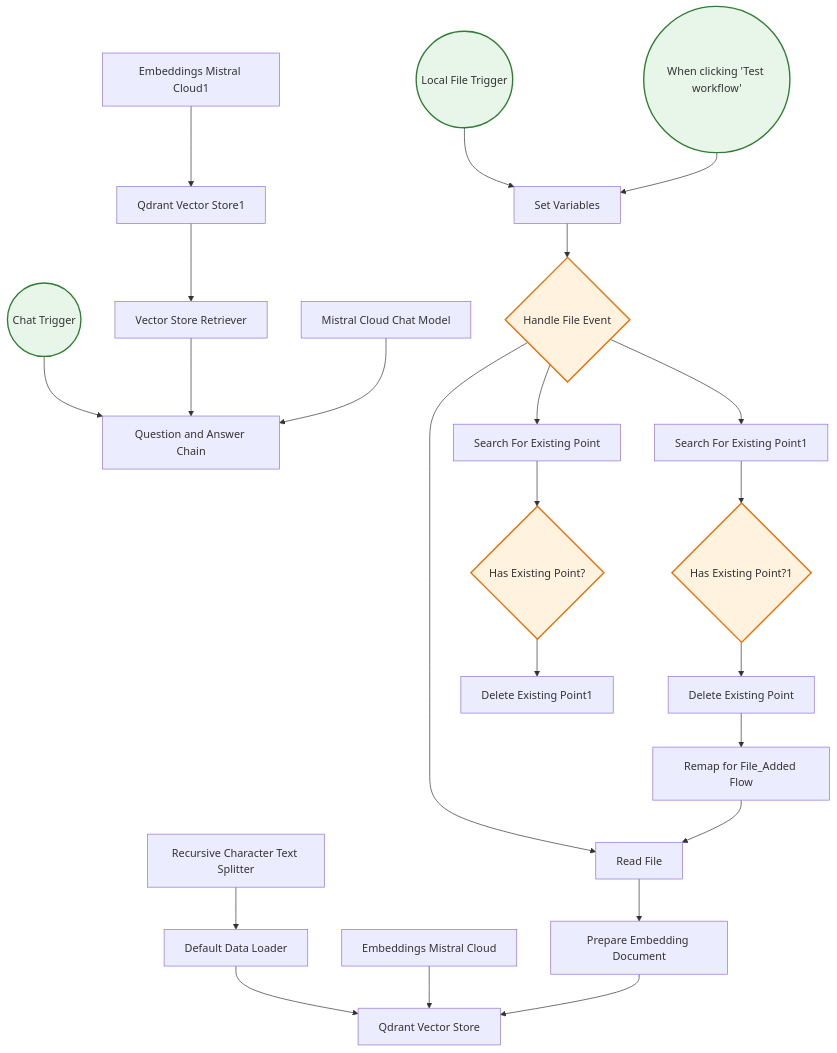
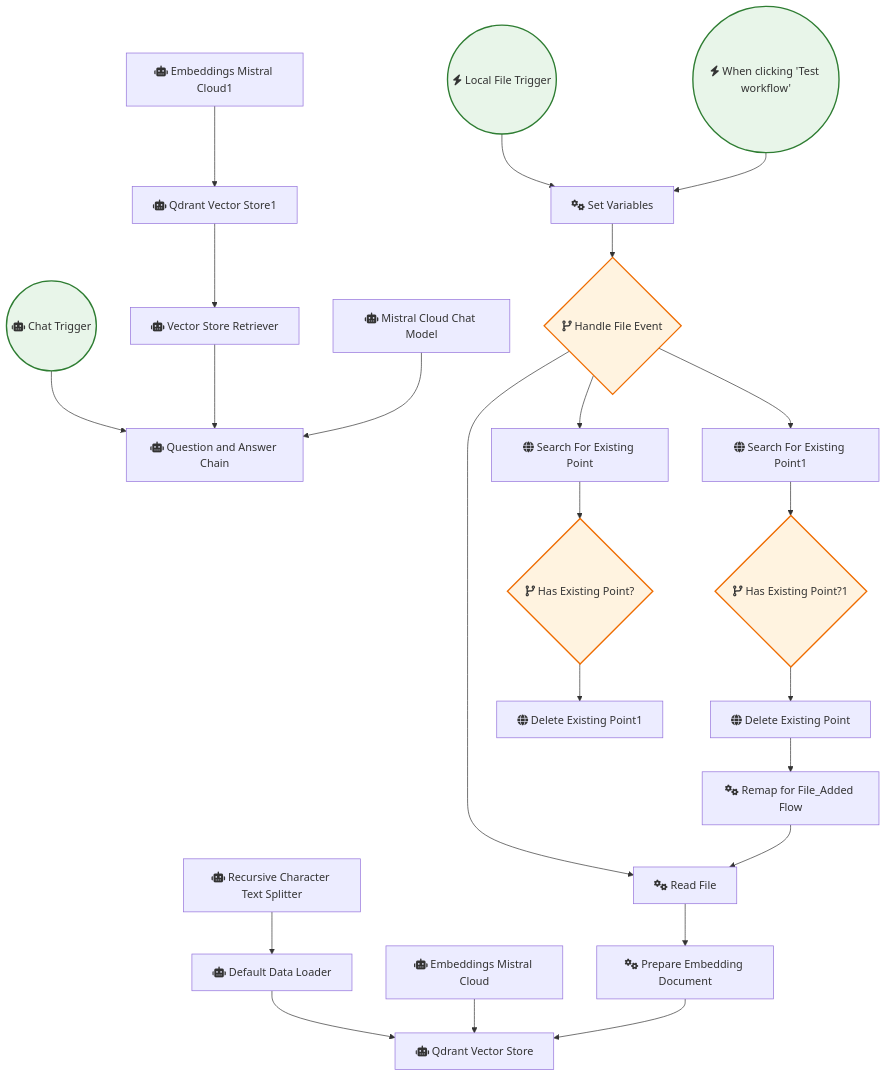
One commit to sreyash3105/N8N-DEMO-AUTOMATIONS changed the diagram in AI_Research_RAG_and_Data_Analysis/Build a Financial Documents Assistant Using Qdrant and Mistral Ai.md. Above: the diagram before and after it, drawn with Mermaid. The commit also changed 291 other files, not shown here.

````diff
--- a/AI_Research_RAG_and_Data_Analysis/Build a Financial Documents Assistant Using Qdrant and Mistral Ai.md
+++ b/AI_Research_RAG_and_Data_Analysis/Build a Financial Documents Assistant Using Qdrant and Mistral Ai.md
@@ -1,53 +1,53 @@
 ```mermaid
 graph TD
     classDef trigger fill:#e8f5e9,stroke:#2e7d32,stroke-width:2px;
     classDef ai fill:#e3f2fd,stroke:#1565c0,stroke-width:2px;
     classDef logic fill:#fff3e0,stroke:#ef6c00,stroke-width:2px;
 
-    Local_File_Trigger(("Local File Trigger")):::trigger
-    When_clicking__Test_workflow_(("When clicking 'Test workflow'")):::trigger
-    Set_Variables["Set Variables"]
-    Read_File["Read File"]
-    Embeddings_Mistral_Cloud["Embeddings Mistral Cloud"]
-    Default_Data_Loader["Default Data Loader"]
-    Recursive_Character_Text_Splitter["Recursive Character Text Splitter"]
-    Prepare_Embedding_Document["Prepare Embedding Document"]
-    Chat_Trigger(("Chat Trigger")):::trigger
-    Question_and_Answer_Chain["Question and Answer Chain"]
-    Mistral_Cloud_Chat_Model["Mistral Cloud Chat Model"]
-    Vector_Store_Retriever["Vector Store Retriever"]
-    Embeddings_Mistral_Cloud1["Embeddings Mistral Cloud1"]
-    Remap_for_File_Added_Flow["Remap for File_Added Flow"]
-    Search_For_Existing_Point["Search For Existing Point"]
-    Has_Existing_Point_{"Has Existing Point?"}:::logic
-    Delete_Existing_Point["Delete Existing Point"]
-    Search_For_Existing_Point1["Search For Existing Point1"]
-    Has_Existing_Point_1{"Has Existing Point?1"}:::logic
-    Delete_Existing_Point1["Delete Existing Point1"]
-    Handle_File_Event{"Handle File Event"}:::logic
-    Qdrant_Vector_Store["Qdrant Vector Store"]
-    Qdrant_Vector_Store1["Qdrant Vector Store1"]
+    Local_File_Trigger(("fas:fa-bolt Local File Trigger")):::trigger
+    When_clicking__Test_workflow_(("fas:fa-bolt When clicking 'Test workflow'")):::trigger
+    Set_Variables["fas:fa-cogs Set Variables"]
+    Read_File["fas:fa-cogs Read File"]
+    Embeddings_Mistral_Cloud["fas:fa-robot Embeddings Mistral Cloud"]
+    Default_Data_Loader["fas:fa-robot Default Data Loader"]
+    Recursive_Character_Text_Splitter["fas:fa-robot Recursive Character Text Splitter"]
+    Prepare_Embedding_Document["fas:fa-cogs Prepare Embedding Document"]
+    Chat_Trigger(("fas:fa-robot Chat Trigger")):::trigger
+    Question_and_Answer_Chain["fas:fa-robot Question and Answer Chain"]
+    Mistral_Cloud_Chat_Model["fas:fa-robot Mistral Cloud Chat Model"]
+    Vector_Store_Retriever["fas:fa-robot Vector Store Retriever"]
+    Embeddings_Mistral_Cloud1["fas:fa-robot Embeddings Mistral Cloud1"]
+    Remap_for_File_Added_Flow["fas:fa-cogs Remap for File_Added Flow"]
+    Search_For_Existing_Point["fas:fa-globe Search For Existing Point"]
+    Has_Existing_Point_{"fas:fa-code-branch Has Existing Point?"}:::logic
+    Delete_Existing_Point["fas:fa-globe Delete Existing Point"]
+    Search_For_Existing_Point1["fas:fa-globe Search For Existing Point1"]
+    Has_Existing_Point_1{"fas:fa-code-branch Has Existing Point?1"}:::logic
+    Delete_Existing_Point1["fas:fa-globe Delete Existing Point1"]
+    Handle_File_Event{"fas:fa-code-branch Handle File Event"}:::logic
+    Qdrant_Vector_Store["fas:fa-robot Qdrant Vector Store"]
+    Qdrant_Vector_Store1["fas:fa-robot Qdrant Vector Store1"]
 
     Read_File --> Prepare_Embedding_Document
     Chat_Trigger --> Question_and_Answer_Chain
     Set_Variables --> Handle_File_Event
     Handle_File_Event --> Search_For_Existing_Point
     Handle_File_Event --> Search_For_Existing_Point1
     Handle_File_Event --> Read_File
     Local_File_Trigger --> Set_Variables
     Default_Data_Loader --> Qdrant_Vector_Store
     Has_Existing_Point_ --> Delete_Existing_Point1
     Has_Existing_Point_1 --> Delete_Existing_Point
     Qdrant_Vector_Store1 --> Vector_Store_Retriever
     Delete_Existing_Point --> Remap_for_File_Added_Flow
     Vector_Store_Retriever --> Question_and_Answer_Chain
     Embeddings_Mistral_Cloud --> Qdrant_Vector_Store
     Mistral_Cloud_Chat_Model --> Question_and_Answer_Chain
     Embeddings_Mistral_Cloud1 --> Qdrant_Vector_Store1
     Remap_for_File_Added_Flow --> Read_File
     Search_For_Existing_Point --> Has_Existing_Point_
     Prepare_Embedding_Document --> Qdrant_Vector_Store
     Search_For_Existing_Point1 --> Has_Existing_Point_1
     When_clicking__Test_workflow_ --> Set_Variables
     Recursive_Character_Text_Splitter --> Default_Data_Loader
 ```
````
